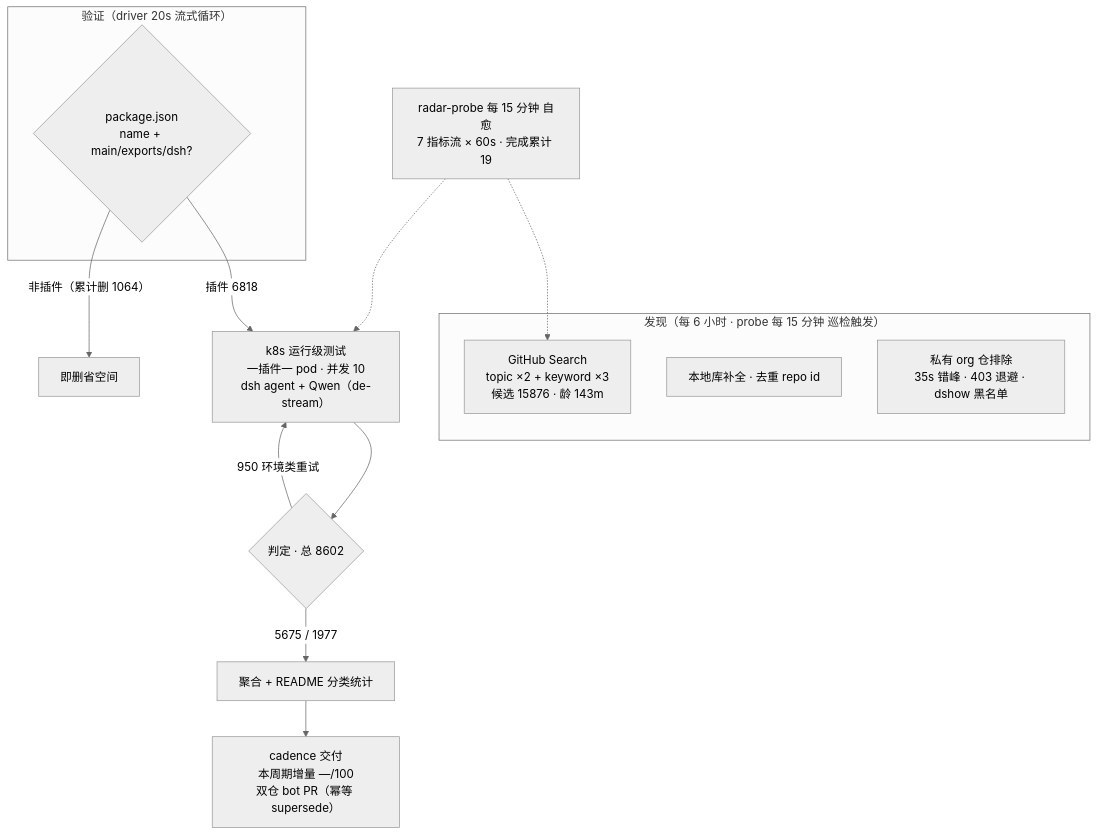
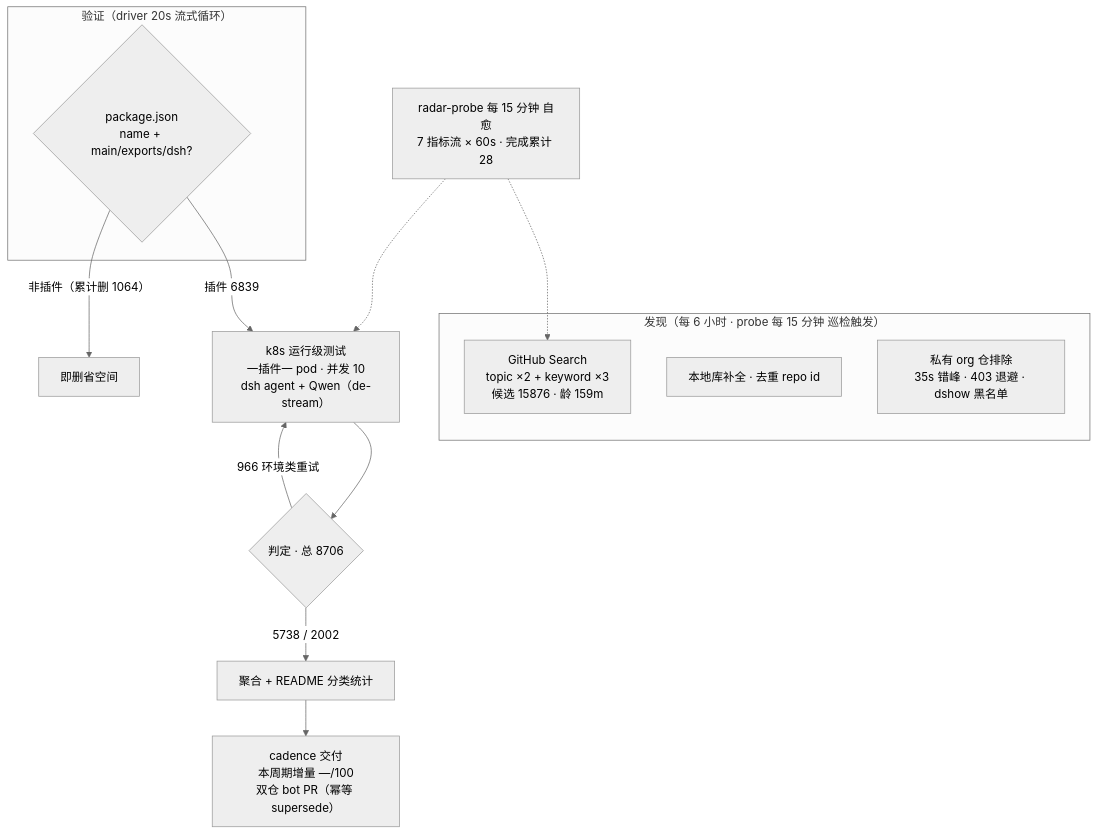
Before and after one commit to Zhidao-Lab-OSS/awesome-dsh-plugins: the diagram in README.md, drawn with Mermaid (neutral theme). The commit also changed other lines of this file and 1 other file, not shown here.

````diff
--- a/README.md
+++ b/README.md
@@ -37,20 +37,20 @@
 ```mermaid
 flowchart TB
     subgraph Discovery["发现（每 6 小时 · probe 每 15 分钟 巡检触发）"]
-        A1["GitHub Search<br/>topic ×2 + keyword ×3<br/>候选 15876 · 龄 143m"]
+        A1["GitHub Search<br/>topic ×2 + keyword ×3<br/>候选 15876 · 龄 159m"]
         A2["本地库补全 · 去重 repo id"]
         A3["私有 org 仓排除<br/>35s 错峰 · 403 退避 · dshow 黑名单"]
     end
     subgraph Validation["验证（driver 20s 流式循环）"]
         B1{"package.json<br/>name + main/exports/dsh?"}
     end
-    B1 -->|"插件 6818"| C1["k8s 运行级测试<br/>一插件一 pod · 并发 10<br/>dsh agent + Qwen（de-stream）"]
+    B1 -->|"插件 6839"| C1["k8s 运行级测试<br/>一插件一 pod · 并发 10<br/>dsh agent + Qwen（de-stream）"]
     B1 -->|"非插件（累计删 1064）"| B3["即删省空间"]
-    C1 --> D1{"判定 · 总 8602"}
-    D1 -->|"5675 / 1977"| E1["聚合 + README 分类统计"]
-    D1 -->|"950 环境类重试"| C1
+    C1 --> D1{"判定 · 总 8706"}
+    D1 -->|"5738 / 2002"| E1["聚合 + README 分类统计"]
+    D1 -->|"966 环境类重试"| C1
     E1 --> E2["cadence 交付<br/>本周期增量 —/100<br/>双仓 bot PR（幂等 supersede）"]
-    M["radar-probe 每 15 分钟 自愈<br/>7 指标流 × 60s · 完成累计 19"]
+    M["radar-probe 每 15 分钟 自愈<br/>7 指标流 × 60s · 完成累计 28"]
     M -.-> A1
     M -.-> C1
 ```
````
